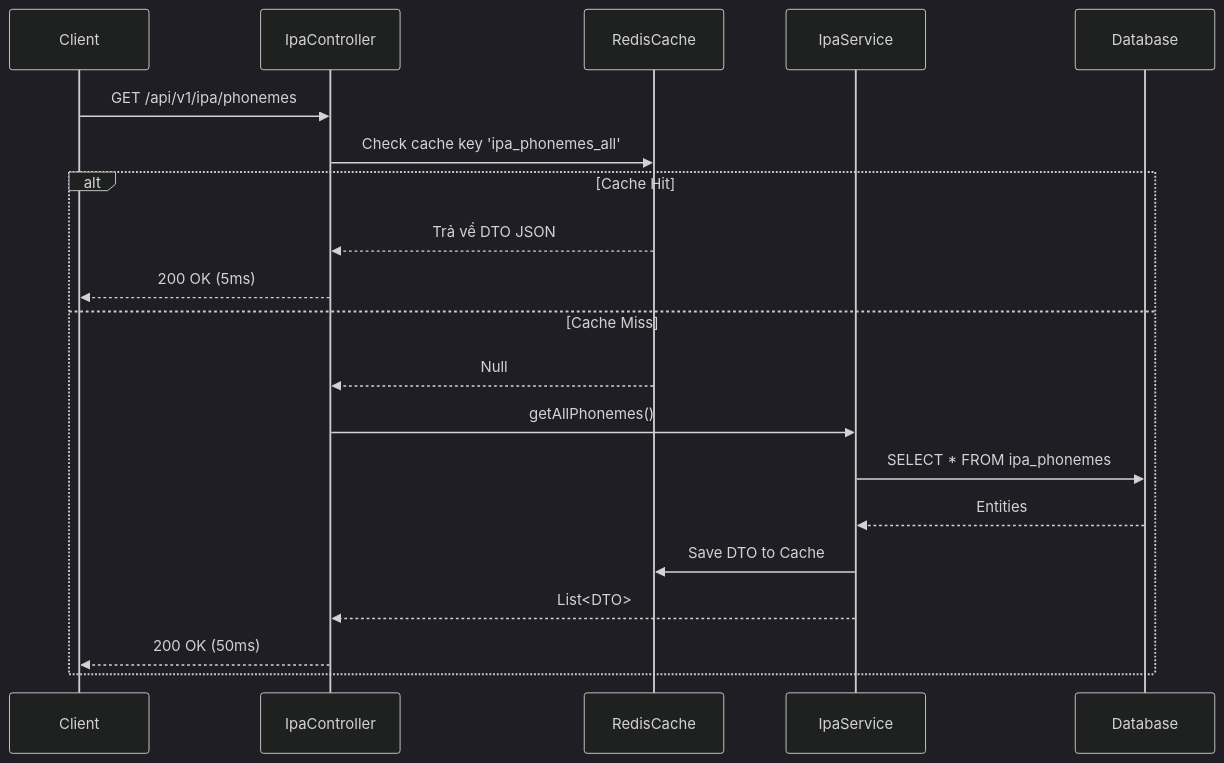
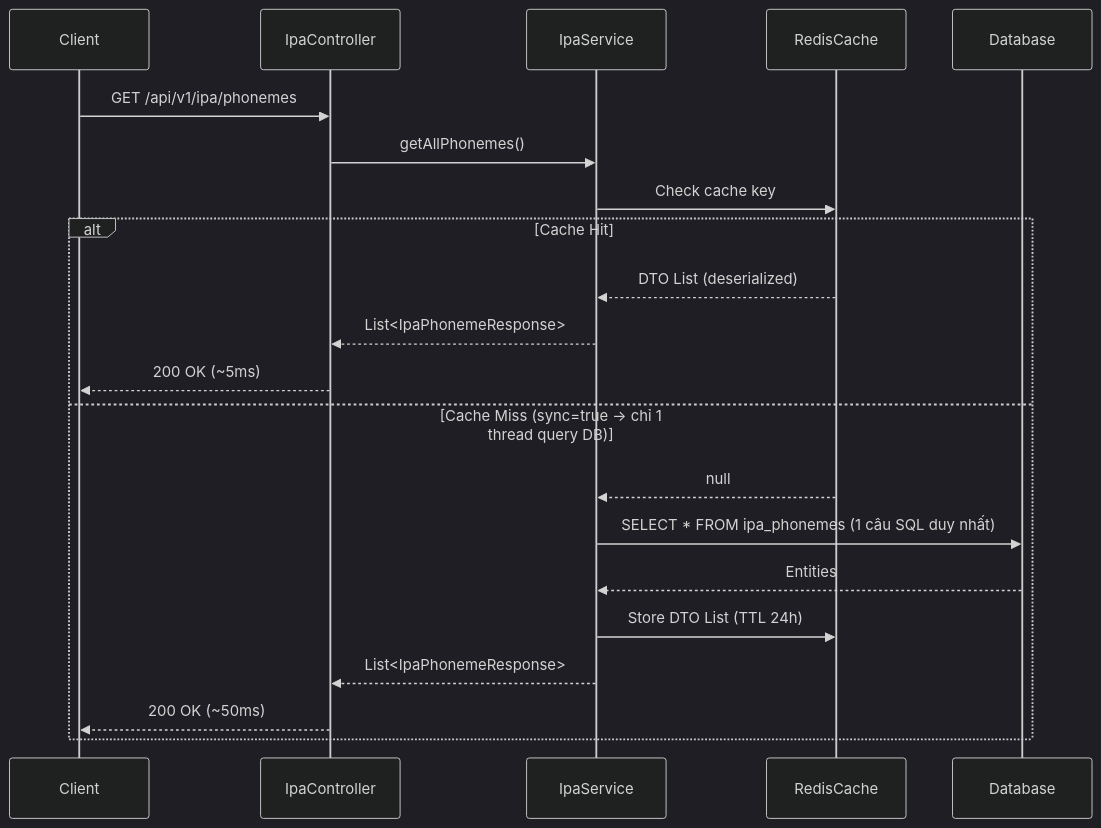
Before and after one commit to Son-COC-145/english-ed-backend: the diagram in docs/module_1/PHASE_1_IPA_LIBRARY.md, drawn with Mermaid (dark theme). The commit also changed other lines of this file and 2 other files, not shown here.

Commit message:
docs(module-1): integrate red team fixes for transaction boundaries, cache stampede, and OOM security risks

````diff
--- a/docs/module_1/PHASE_1_IPA_LIBRARY.md
+++ b/docs/module_1/PHASE_1_IPA_LIBRARY.md
@@ -13,23 +15,25 @@
 ```mermaid
 sequenceDiagram
     participant Client
     participant IpaController
+    participant IpaService
     participant RedisCache
-    participant IpaService
     participant Database
 
     Client->>IpaController: GET /api/v1/ipa/phonemes
-    IpaController->>RedisCache: Check cache key 'ipa_phonemes_all'
+    IpaController->>IpaService: getAllPhonemes()
+    IpaService->>RedisCache: Check cache key
+
     alt Cache Hit
-        RedisCache-->>IpaController: Trả về DTO JSON
-        IpaController-->>Client: 200 OK (5ms)
-    else Cache Miss
-        RedisCache-->>IpaController: Null
-        IpaController->>IpaService: getAllPhonemes()
-        IpaService->>Database: SELECT * FROM ipa_phonemes
+        RedisCache-->>IpaService: DTO List (deserialized)
+        IpaService-->>IpaController: List<IpaPhonemeResponse>
+        IpaController-->>Client: 200 OK (~5ms)
+    else Cache Miss (sync=true → chỉ 1 thread query DB)
+        RedisCache-->>IpaService: null
+        IpaService->>Database: SELECT * FROM ipa_phonemes (1 câu SQL duy nhất)
         Database-->>IpaService: Entities
-        IpaService->>RedisCache: Save DTO to Cache
-        IpaService-->>IpaController: List<DTO>
-        IpaController-->>Client: 200 OK (50ms)
+        IpaService->>RedisCache: Store DTO List (TTL 24h)
+        IpaService-->>IpaController: List<IpaPhonemeResponse>
+        IpaController-->>Client: 200 OK (~50ms)
     end
 ```
````
